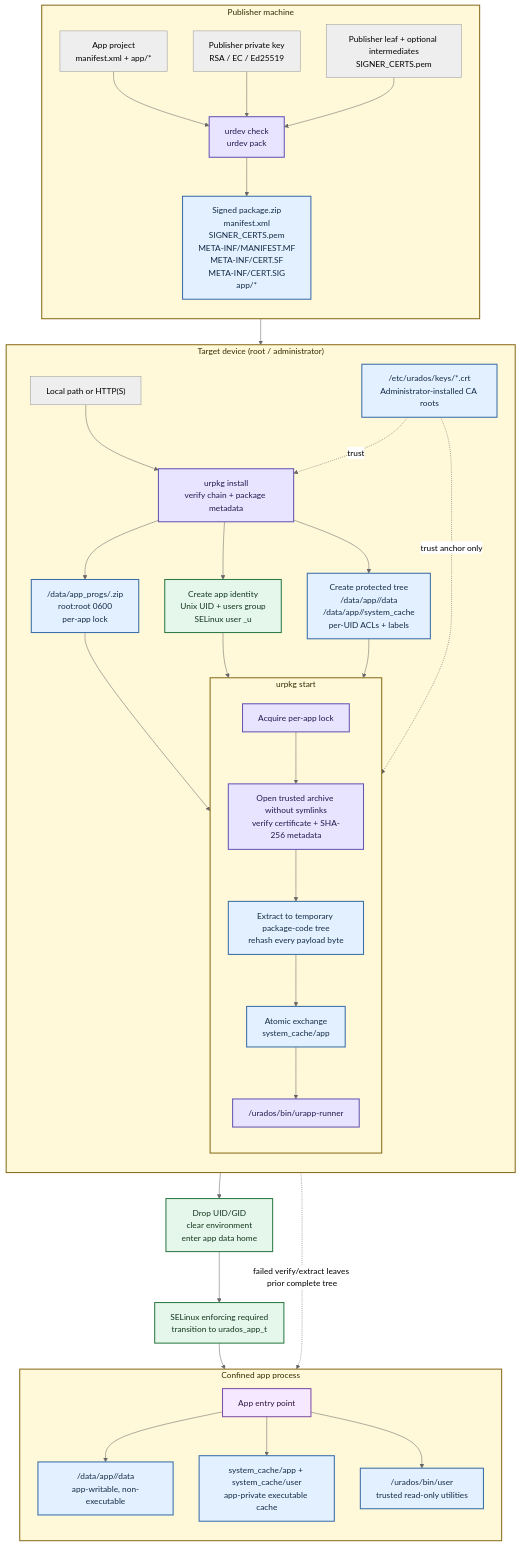
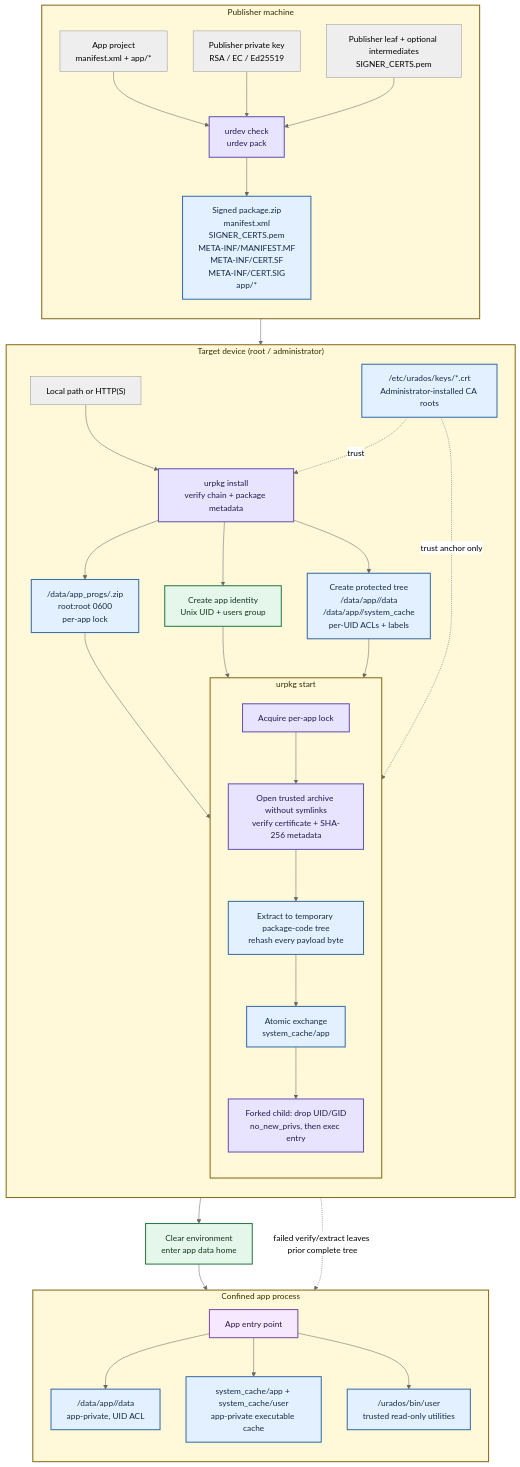
Before and after one commit to project-urados/Urados: the diagram in docs/images/flow.mmd, drawn with Mermaid (neutral theme). The commit also changed 28 other files, not shown here.

First line of the commit message:
Remove SELinux: confine apps with UNIX permissions only

```diff
--- a/docs/images/flow.mmd
+++ b/docs/images/flow.mmd
@@ -1,75 +1,74 @@
 %% Urados package and runtime flow
 %% Render with: manus-render-diagram docs/images/flow.mmd docs/images/flow.png
 flowchart TB
     subgraph PUB[Publisher machine]
         direction TB
         SRC["App project\nmanifest.xml + app/*"]
         KEY["Publisher private key\nRSA / EC / Ed25519"]
         CERT["Publisher leaf + optional intermediates\nSIGNER_CERTS.pem"]
         DEV["urdev check\nurdev pack"]
         ZIP["Signed package.zip\nmanifest.xml\nSIGNER_CERTS.pem\nMETA-INF/MANIFEST.MF\nMETA-INF/CERT.SF\nMETA-INF/CERT.SIG\napp/*"]
         SRC --> DEV
         KEY --> DEV
         CERT --> DEV
         DEV --> ZIP
     end
 
     NET["Local path or HTTP(S)"]
     ZIP --> NET
 
     subgraph DEVICE["Target device (root / administrator)"]
         direction TB
         ROOTS["/etc/urados/keys/*.crt\nAdministrator-installed CA roots"]
         INSTALL["urpkg install\nverify chain + package metadata"]
         TRUST["/data/app_progs/<name>.zip\nroot:root 0600\nper-app lock"]
-        ID["Create app identity\nUnix UID + users group\nSELinux user <name>_u"]
+        ID["Create app identity\nUnix UID + users group"]
         TREE["Create protected tree\n/data/app/<name>/data\n/data/app/<name>/system_cache\nper-UID ACLs + labels"]
         NET --> INSTALL
         ROOTS -. trust .-> INSTALL
         INSTALL --> TRUST
         INSTALL --> ID
         INSTALL --> TREE
         TRUST --> START
         ID --> START
         TREE --> START
 
         subgraph START["urpkg start <name>"]
             direction TB
             LOCK["Acquire per-app lock"]
             VERIFY["Open trusted archive without symlinks\nverify certificate + SHA-256 metadata"]
             STAGE["Extract to temporary package-code tree\nrehash every payload byte"]
             PUBLISH["Atomic exchange\nsystem_cache/app"]
-            RUNNER["/urados/bin/urapp-runner"]
+            RUNNER["Forked child: drop UID/GID\nno_new_privs, then exec entry"]
             LOCK --> VERIFY --> STAGE --> PUBLISH --> RUNNER
         end
     end
 
     ROOTS -. "trust anchor only" .-> VERIFY
-    RUNNER --> DROP["Drop UID/GID\nclear environment\nenter app data home"]
-    DROP --> TRANSITION["SELinux enforcing required\ntransition to urados_app_t"]
+    RUNNER --> DROP["Clear environment\nenter app data home"]
 
     subgraph APP["Confined app process"]
         direction TB
         PROCESS["App entry point"]
-        DATA["/data/app/<name>/data\napp-writable, non-executable"]
+        DATA["/data/app/<name>/data\napp-private, UID ACL"]
         CACHE["system_cache/app + system_cache/user\napp-private executable cache"]
         UTILS["/urados/bin/user\ntrusted read-only utilities"]
         PROCESS --> DATA
         PROCESS --> CACHE
         PROCESS --> UTILS
     end
 
-    TRANSITION --> PROCESS
+    DROP --> PROCESS
     PUBLISH -. "failed verify/extract leaves prior complete tree" .-> CACHE
 
     classDef boundary fill:#fff8d9,stroke:#8a6d1d,color:#332b00,stroke-width:2px;
     classDef command fill:#e8e4ff,stroke:#6656b3,color:#21194d,stroke-width:2px;
     classDef storage fill:#e3f0ff,stroke:#3b6ea8,color:#132b45,stroke-width:2px;
     classDef security fill:#e5f7ea,stroke:#2d7a46,color:#12351d,stroke-width:2px;
     classDef app fill:#f5e8ff,stroke:#8050a8,color:#30153f,stroke-width:2px;
 
     class PUB,DEVICE,START,APP boundary;
     class DEV,INSTALL,VERIFY,LOCK,RUNNER command;
     class ZIP,ROOTS,TRUST,TREE,STAGE,PUBLISH,DATA,CACHE,UTILS storage;
     class ID,DROP,TRANSITION security;
     class PROCESS app;
```
